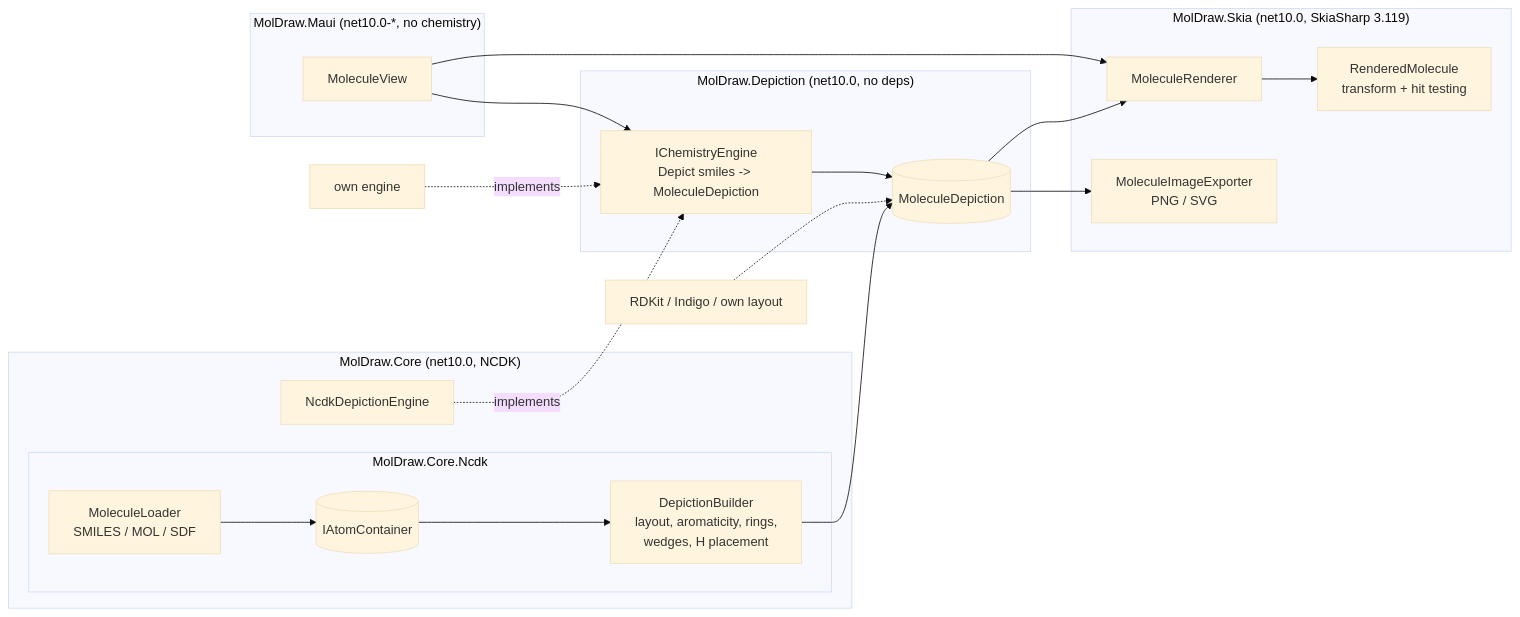
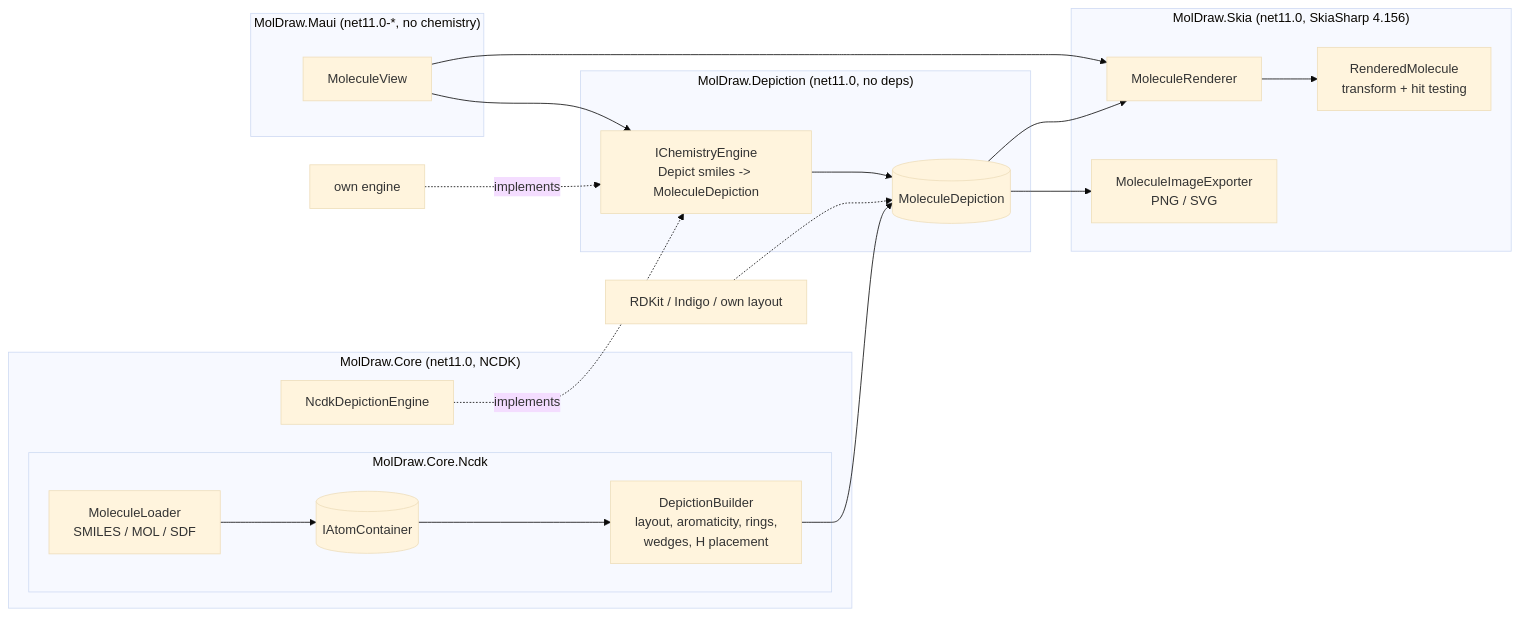
One commit to Agredo/MolDraw.Net changed the diagram in docs/ARCHITECTURE.md. Above: the diagram before and after it, drawn with Mermaid (base theme). The commit also changed other lines of this file and 23 other files, not shown here.

First line of the commit message:
Move to .NET 11, MAUI 11 and SkiaSharp 4

````diff
--- a/docs/ARCHITECTURE.md
+++ b/docs/ARCHITECTURE.md
@@ -3,29 +3,29 @@
 ```mermaid
 flowchart LR
-    subgraph Dep["MolDraw.Depiction (net10.0, no deps)"]
+    subgraph Dep["MolDraw.Depiction (net11.0, no deps)"]
         I[IChemistryEngine<br/>Depict smiles -> MoleculeDepiction]
         D[(MoleculeDepiction)]
     end
-    subgraph Core["MolDraw.Core (net10.0, NCDK)"]
+    subgraph Core["MolDraw.Core (net11.0, NCDK)"]
         subgraph NcdkNs["MolDraw.Core.Ncdk"]
             L[MoleculeLoader<br/>SMILES / MOL / SDF] --> M[(IAtomContainer)]
             M --> B[DepictionBuilder<br/>layout, aromaticity, rings,<br/>wedges, H placement]
         end
         NE[NcdkDepictionEngine] -.implements.-> I
     end
-    subgraph Skia["MolDraw.Skia (net10.0, SkiaSharp 3.119)"]
+    subgraph Skia["MolDraw.Skia (net11.0, SkiaSharp 4.156)"]
         R[MoleculeRenderer] --> RM[RenderedMolecule<br/>transform + hit testing]
         E[MoleculeImageExporter<br/>PNG / SVG]
     end
-    subgraph Maui["MolDraw.Maui (net10.0-*, no chemistry)"]
+    subgraph Maui["MolDraw.Maui (net11.0-*, no chemistry)"]
         V[MoleculeView]
     end
     B --> D
     X[RDKit / Indigo / own layout] -.-> D
     X2[own engine] -.implements.-> I
     I --> D
     D --> R
     D --> E
     V --> I
     V --> R
 ```
````
